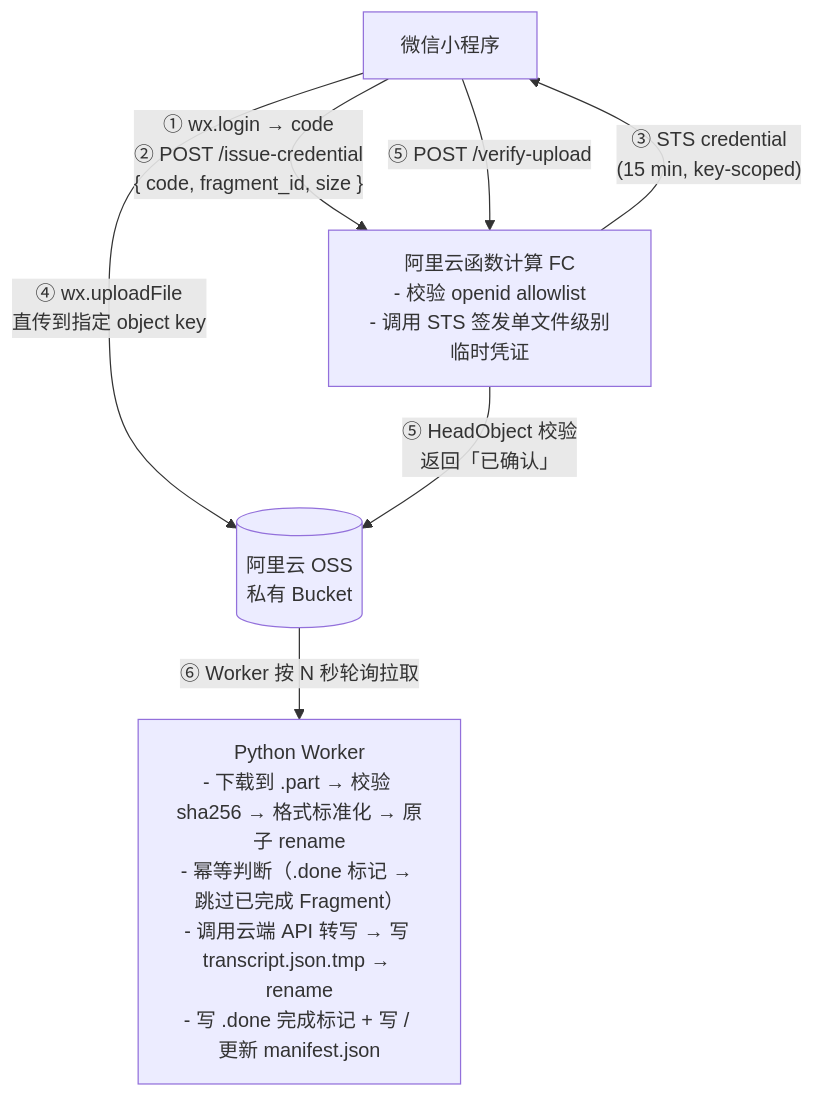
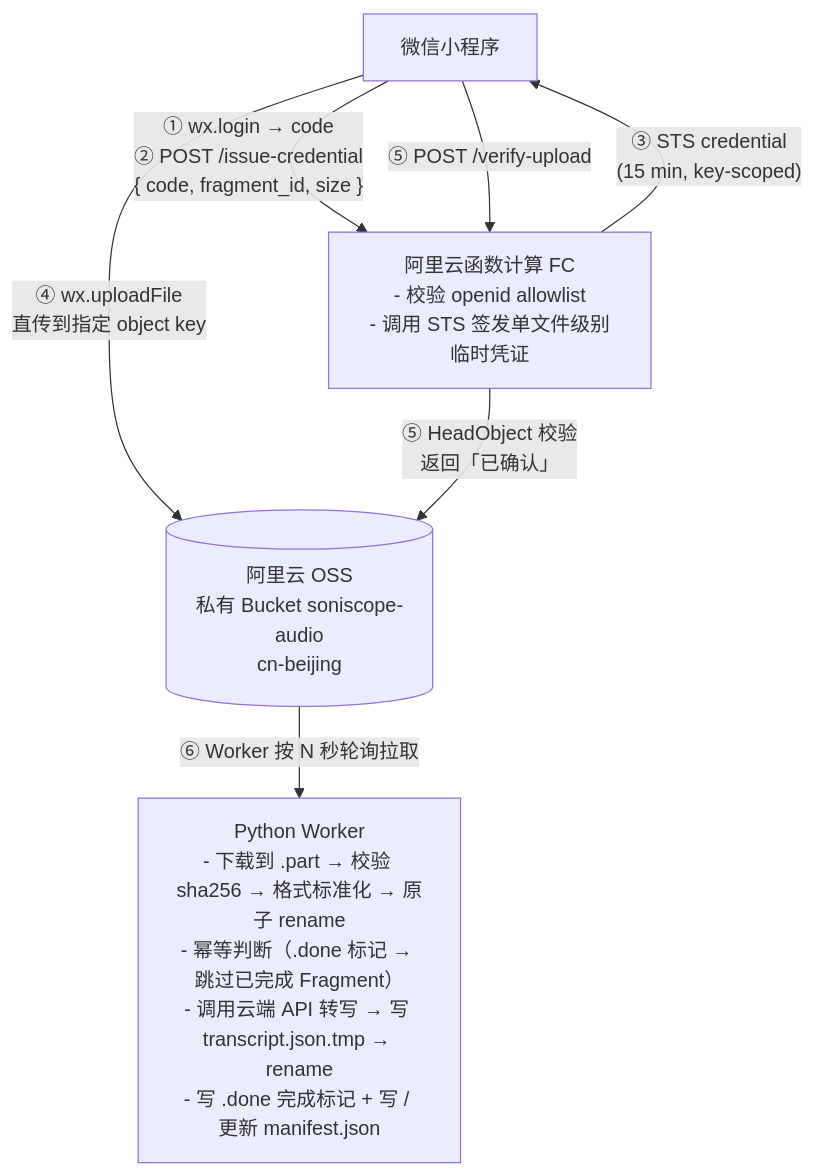
Before and after one commit to PhycheL/Soniscope: the first of 6 diagrams in docs/tech-spec.md, drawn with Mermaid. The commit also changed other lines of this file and 1 other file, not shown here.

````diff
--- a/docs/tech-spec.md
+++ b/docs/tech-spec.md
@@ -22,14 +22,14 @@
 ```mermaid
 flowchart TD
     MiniProgram["微信小程序"]
     FC["阿里云函数计算 FC<br/>- 校验 openid allowlist<br/>- 调用 STS 签发单文件级别临时凭证"]
-    OSS[(阿里云 OSS<br/>私有 Bucket)]
+    OSS[(阿里云 OSS<br/>私有 Bucket soniscope-audio<br/>cn-beijing)]
     Worker["Python Worker<br/>- 下载到 .part → 校验 sha256 → 格式标准化 → 原子 rename<br/>- 幂等判断（.done 标记 → 跳过已完成 Fragment）<br/>- 调用云端 API 转写 → 写 transcript.json.tmp → rename<br/>- 写 .done 完成标记 + 写 / 更新 manifest.json"]
 
     MiniProgram -- "① wx.login → code<br/>② POST /issue-credential<br/>{ code, fragment_id, size }" --> FC
     FC -- "③ STS credential<br/>(15 min, key-scoped)" --> MiniProgram
     MiniProgram -- "④ wx.uploadFile<br/>直传到指定 object key" --> OSS
     MiniProgram -- "⑤ POST /verify-upload" --> FC
     FC -- "⑤ HeadObject 校验<br/>返回「已确认」" --> OSS
     OSS -- "⑥ Worker 按 N 秒轮询拉取" --> Worker
 ```
````
